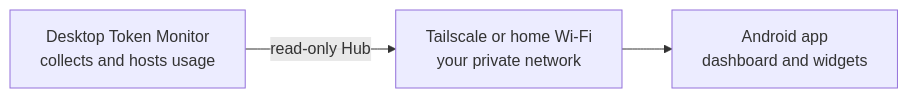
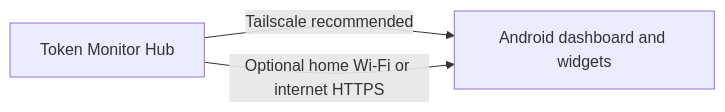
The diagram in README.md (The-Minion-oOo/token-monitor-android), drawn with Mermaid before and after one commit. The commit also changed other lines of this file and 3 other files, not shown here.

````diff
--- a/README.md
+++ b/README.md
@@ -101,5 +120,5 @@
 ```mermaid
 flowchart LR
-    D[Desktop Token Monitor<br>collects and hosts usage] -->|read-only Hub| T[Tailscale or home Wi-Fi<br>your private network]
-    T --> A[Android app<br>dashboard and widgets]
+    H[Token Monitor Hub] -->|Tailscale recommended| A[Android dashboard and widgets]
+    H -->|Optional home Wi-Fi or internet HTTPS| A
 ```
````
